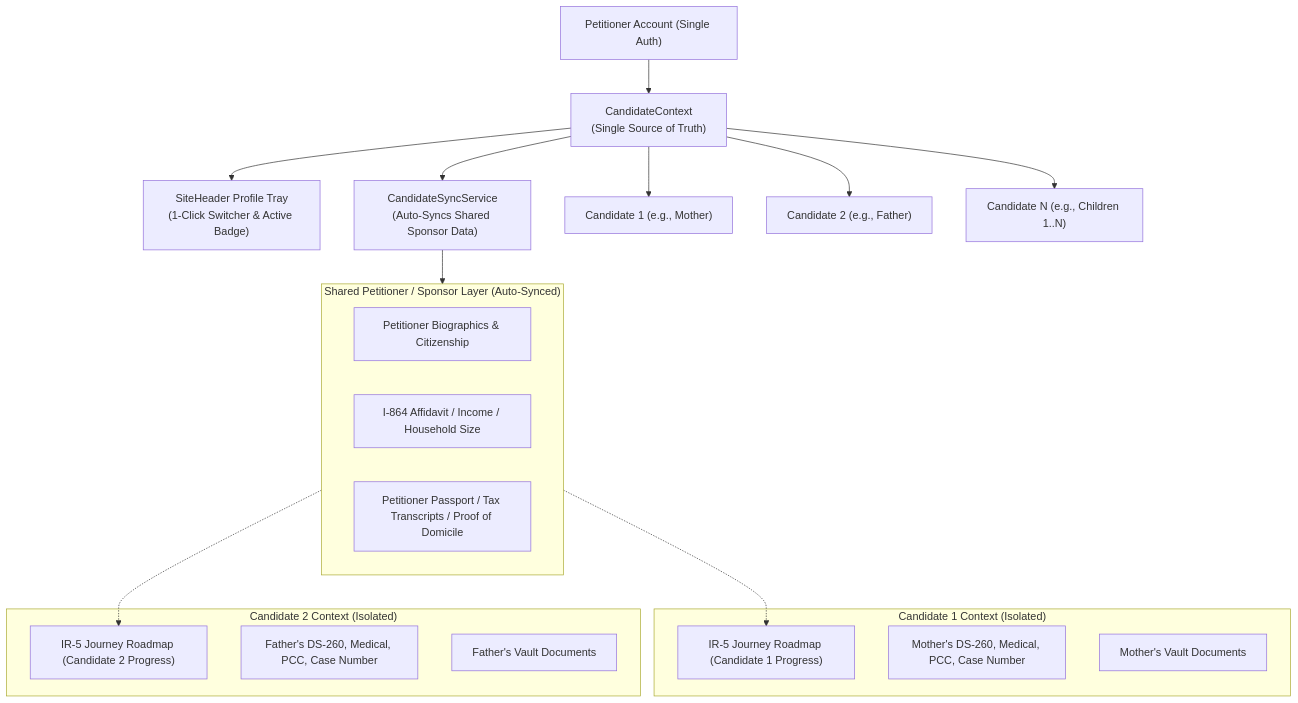
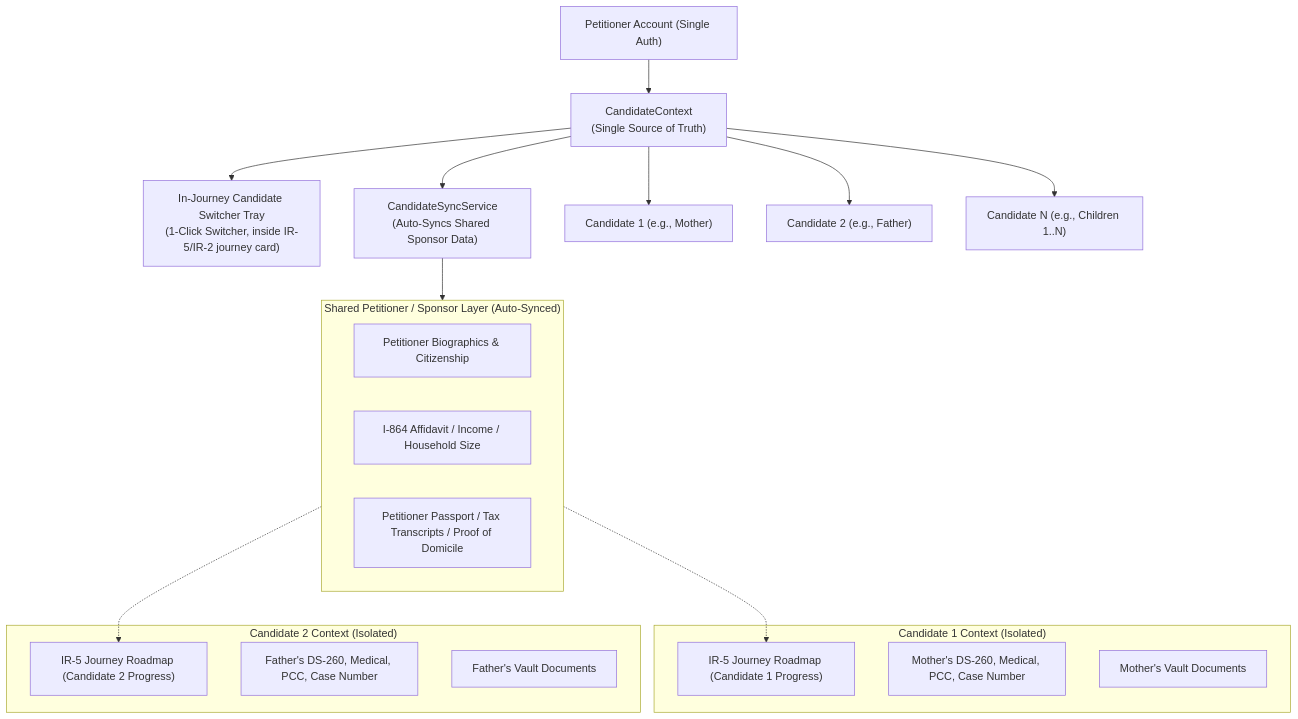
Before and after one commit to SharjeelLaeeq527/Rahvana: the diagram in docs/multi-candidate-desciption.md, drawn with Mermaid. The commit also changed other lines of this file and 10 other files, not shown here.

````diff
--- a/docs/multi-candidate-desciption.md
+++ b/docs/multi-candidate-desciption.md
@@ -18,33 +20,33 @@
 ```mermaid
 graph TD
     User["Petitioner Account (Single Auth)"] --> CandidateCtx["CandidateContext<br/>(Single Source of Truth)"]
     
-    CandidateCtx --> HeaderTray["SiteHeader Profile Tray<br/>(1-Click Switcher & Active Badge)"]
+    CandidateCtx --> HeaderTray["In-Journey Candidate Switcher Tray<br/>(1-Click Switcher, inside IR-5/IR-2 journey card)"]
     CandidateCtx --> SyncService["CandidateSyncService<br/>(Auto-Syncs Shared Sponsor Data)"]
     
     CandidateCtx --> C1["Candidate 1 (e.g., Mother)"]
     CandidateCtx --> C2["Candidate 2 (e.g., Father)"]
     CandidateCtx --> CN["Candidate N (e.g., Children 1..N)"]
 
     subgraph SharedData ["Shared Petitioner / Sponsor Layer (Auto-Synced)"]
         SponsorBio["Petitioner Biographics & Citizenship"]
         Affidavit["I-864 Affidavit / Income / Household Size"]
         SharedDocs["Petitioner Passport / Tax Transcripts / Proof of Domicile"]
     end
 
     subgraph C1Data ["Candidate 1 Context (Isolated)"]
         J1["IR-5 Journey Roadmap (Candidate 1 Progress)"]
         T1["Mother's DS-260, Medical, PCC, Case Number"]
         V1["Mother's Vault Documents"]
     end
 
     subgraph C2Data ["Candidate 2 Context (Isolated)"]
         J2["IR-5 Journey Roadmap (Candidate 2 Progress)"]
         T2["Father's DS-260, Medical, PCC, Case Number"]
         V2["Father's Vault Documents"]
     end
 
     SyncService --> SharedData
     SharedData -.-> J1
     SharedData -.-> J2
 ```
````
